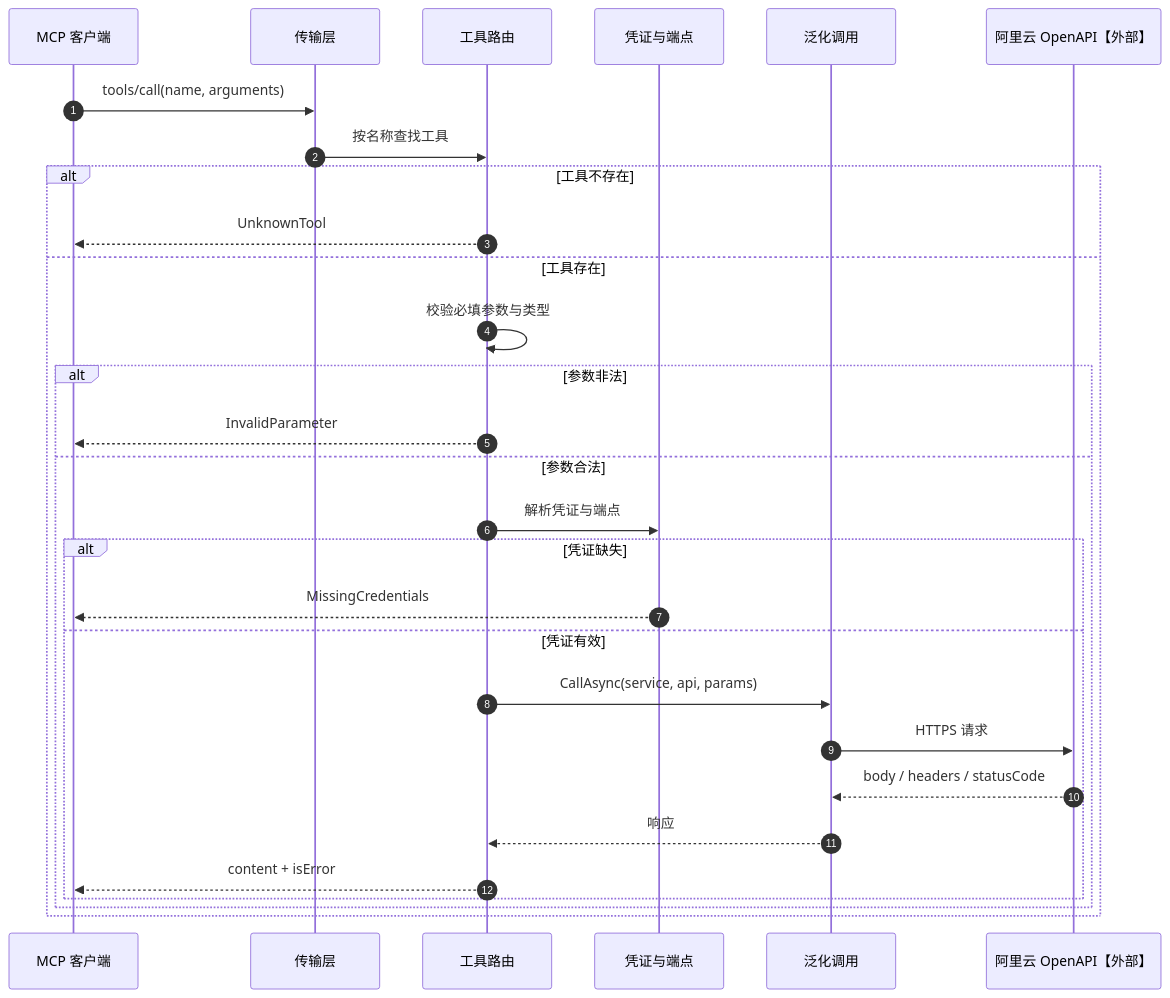
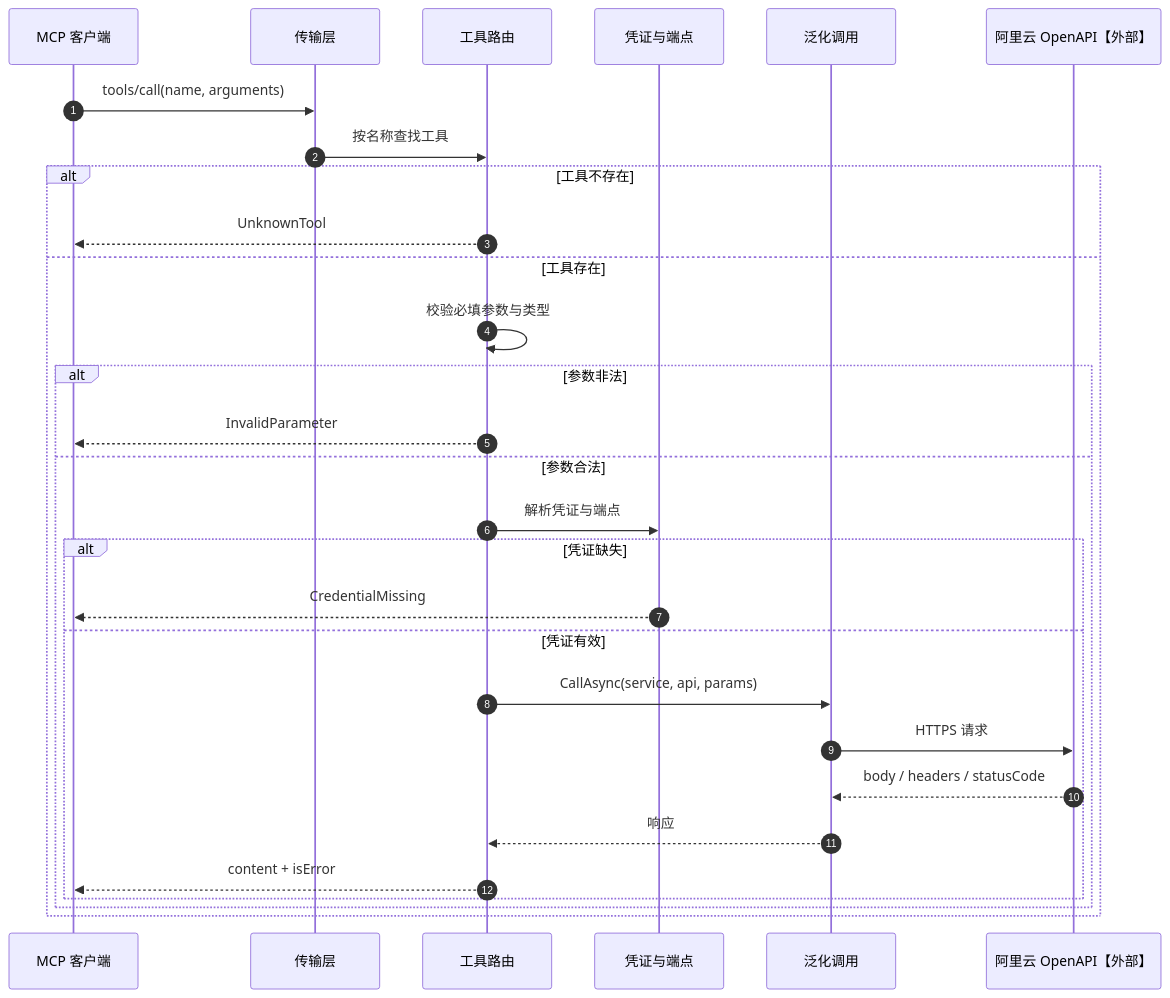
The second of 2 diagrams in docs/流程/01-MCP工具注册与调用-v1.md (bambuo/alibaba-cloud-ops-mcp-server-cs), drawn with Mermaid before and after one commit. The commit also changed other lines of this file and 43 other files, not shown here.

````diff
--- a/docs/流程/01-MCP工具注册与调用-v1.md
+++ b/docs/流程/01-MCP工具注册与调用-v1.md
@@ -55,32 +55,32 @@
 ```mermaid
 sequenceDiagram
     autonumber
     participant C as MCP 客户端
     participant T as 传输层
     participant R as 工具路由
     participant P as 凭证与端点
     participant G as 泛化调用
     participant A as 阿里云 OpenAPI【外部】
 
     C->>T: tools/call(name, arguments)
     T->>R: 按名称查找工具
     alt 工具不存在
         R-->>C: UnknownTool
     else 工具存在
         R->>R: 校验必填参数与类型
         alt 参数非法
             R-->>C: InvalidParameter
         else 参数合法
             R->>P: 解析凭证与端点
             alt 凭证缺失
-                P-->>C: MissingCredentials
+                P-->>C: CredentialMissing
             else 凭证有效
                 R->>G: CallAsync(service, api, params)
                 G->>A: HTTPS 请求
                 A-->>G: body / headers / statusCode
                 G-->>R: 响应
                 R-->>C: content + isError
             end
         end
     end
 ```
````
